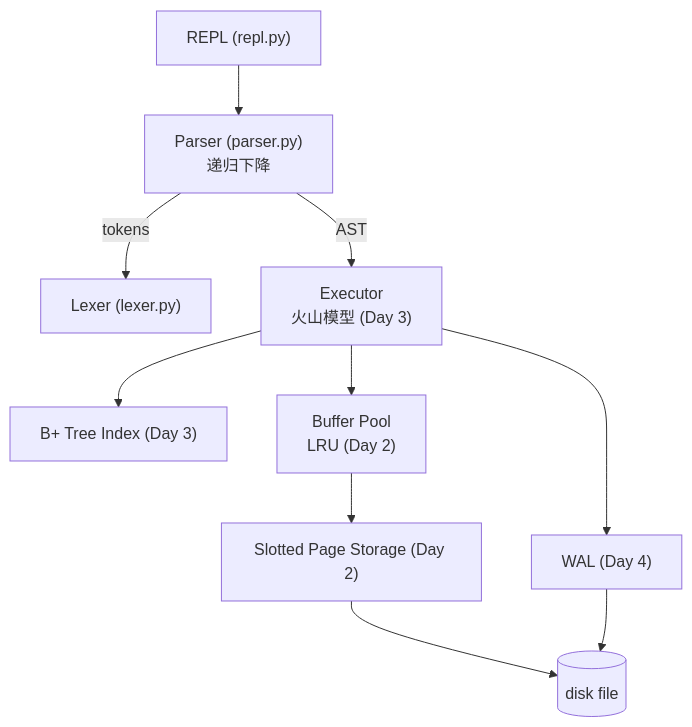
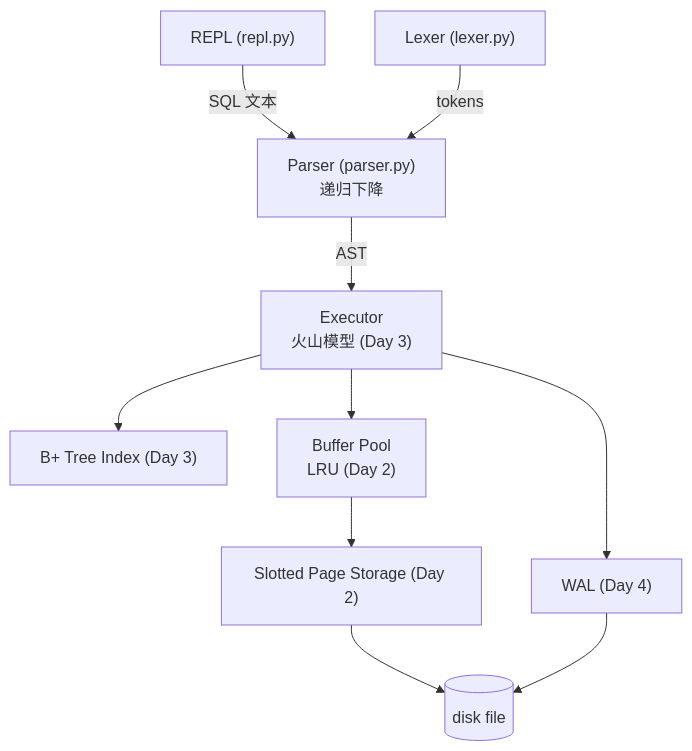
Before and after one commit to JC-16/pico-sql: the diagram in README.md, drawn with Mermaid. The commit also changed other lines of this file and 3 other files, not shown here.

````diff
--- a/README.md
+++ b/README.md
@@ -87,12 +113,12 @@
 ```mermaid
 flowchart TB
-    REPL["REPL (repl.py)"] --> Parser["Parser (parser.py)<br/>递归下降"]
-    Parser -->|tokens| Lexer["Lexer (lexer.py)"]
+    REPL["REPL (repl.py)"] -->|SQL 文本| Parser["Parser (parser.py)<br/>递归下降"]
+    Lexer["Lexer (lexer.py)"] -->|tokens| Parser
     Parser -->|AST| Executor["Executor<br/>火山模型 (Day 3)"]
     Executor --> BTree["B+ Tree Index (Day 3)"]
     Executor --> Pool["Buffer Pool<br/>LRU (Day 2)"]
     Pool --> Storage["Slotted Page Storage (Day 2)"]
     Storage --> Disk[("disk file")]
     Executor --> WAL["WAL (Day 4)"]
     WAL --> Disk
 ```
````
